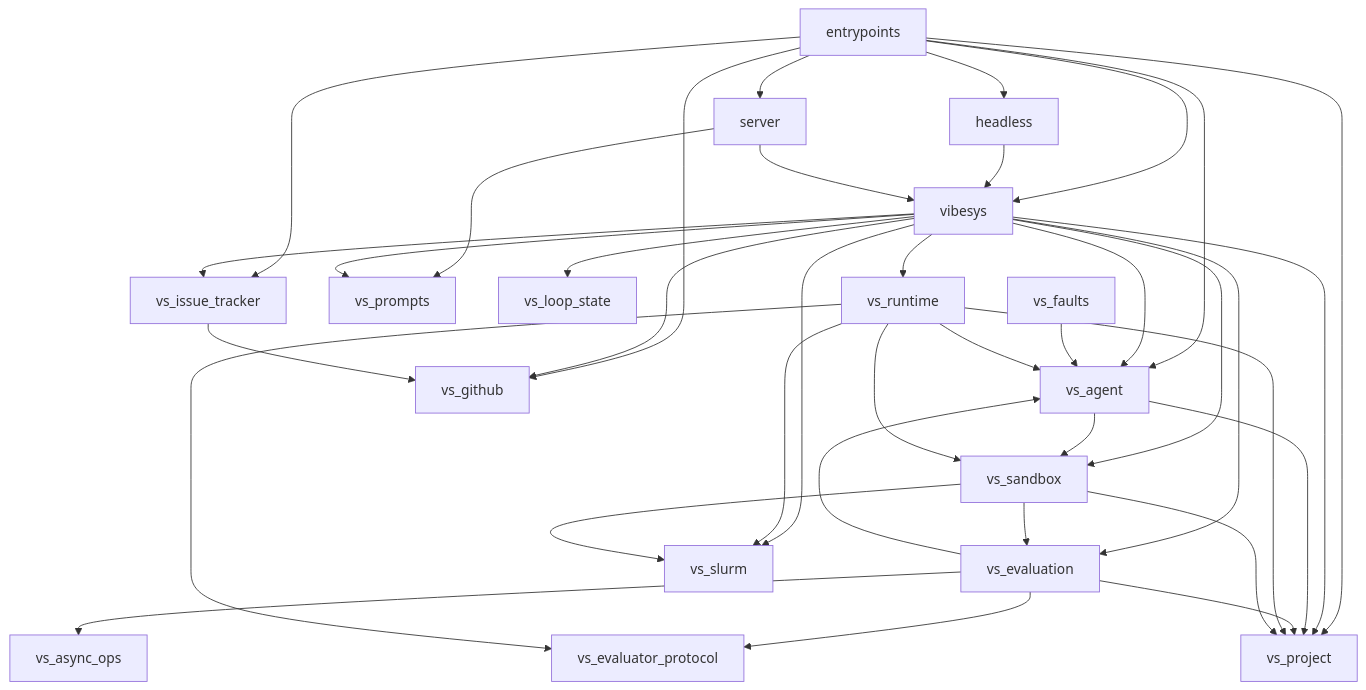
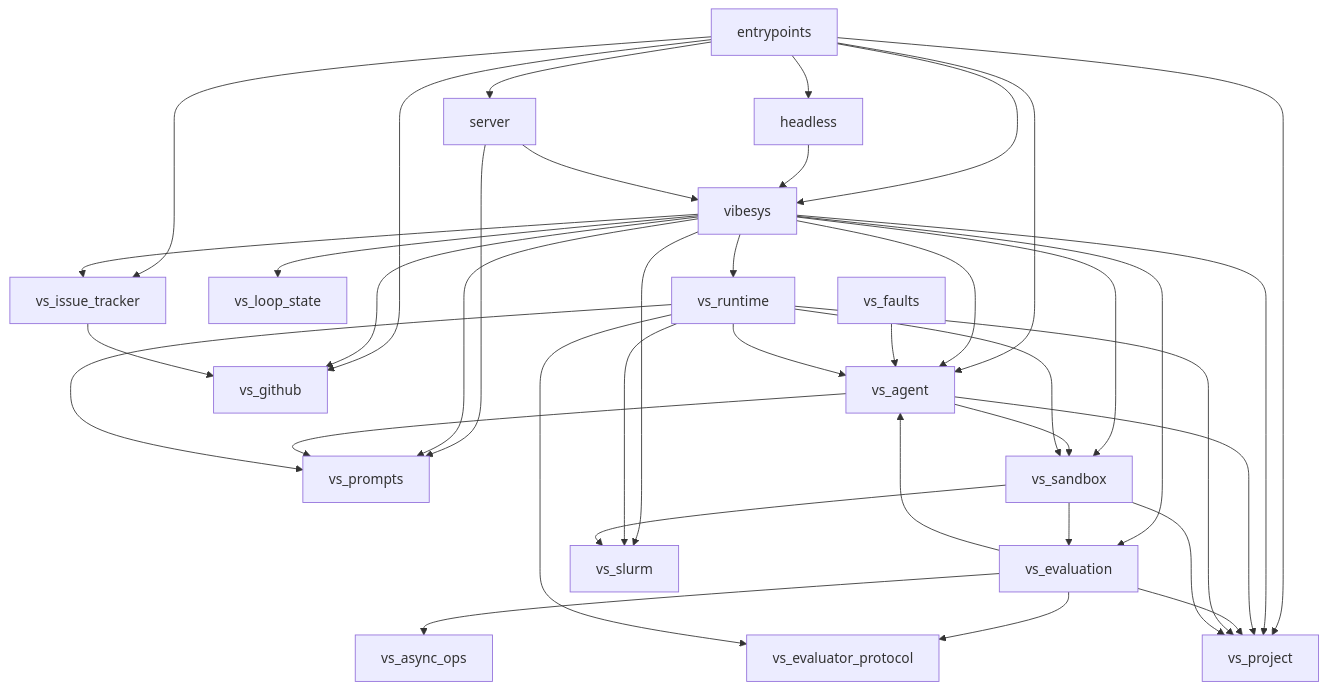
Before and after one commit to AyanBinRafaih/vibe-serve: the first of 3 diagrams in docs/contributing/architecture.md, drawn with Mermaid. The commit also changed other lines of this file and 30 other files, not shown here.

````diff
--- a/docs/contributing/architecture.md
+++ b/docs/contributing/architecture.md
@@ -70,39 +70,41 @@
 ```mermaid
 graph TD
     entrypoints --> headless
     entrypoints --> server
     entrypoints --> vibesys
     entrypoints --> vs_agent
     entrypoints --> vs_github
     entrypoints --> vs_issue_tracker
     entrypoints --> vs_project
     headless --> vibesys
     server --> vibesys
     server --> vs_prompts
     vibesys --> vs_agent
     vibesys --> vs_evaluation
     vibesys --> vs_github
     vibesys --> vs_issue_tracker
     vibesys --> vs_loop_state
     vibesys --> vs_project
     vibesys --> vs_prompts
     vibesys --> vs_runtime
     vibesys --> vs_sandbox
     vibesys --> vs_slurm
     vs_agent --> vs_project
+    vs_agent --> vs_prompts
     vs_agent --> vs_sandbox
     vs_evaluation --> vs_agent
     vs_evaluation --> vs_async_ops
     vs_evaluation --> vs_evaluator_protocol
     vs_evaluation --> vs_project
     vs_faults --> vs_agent
     vs_issue_tracker --> vs_github
     vs_runtime --> vs_agent
     vs_runtime --> vs_evaluator_protocol
     vs_runtime --> vs_project
+    vs_runtime --> vs_prompts
     vs_runtime --> vs_sandbox
     vs_runtime --> vs_slurm
     vs_sandbox --> vs_evaluation
     vs_sandbox --> vs_project
     vs_sandbox --> vs_slurm
 ```
````
